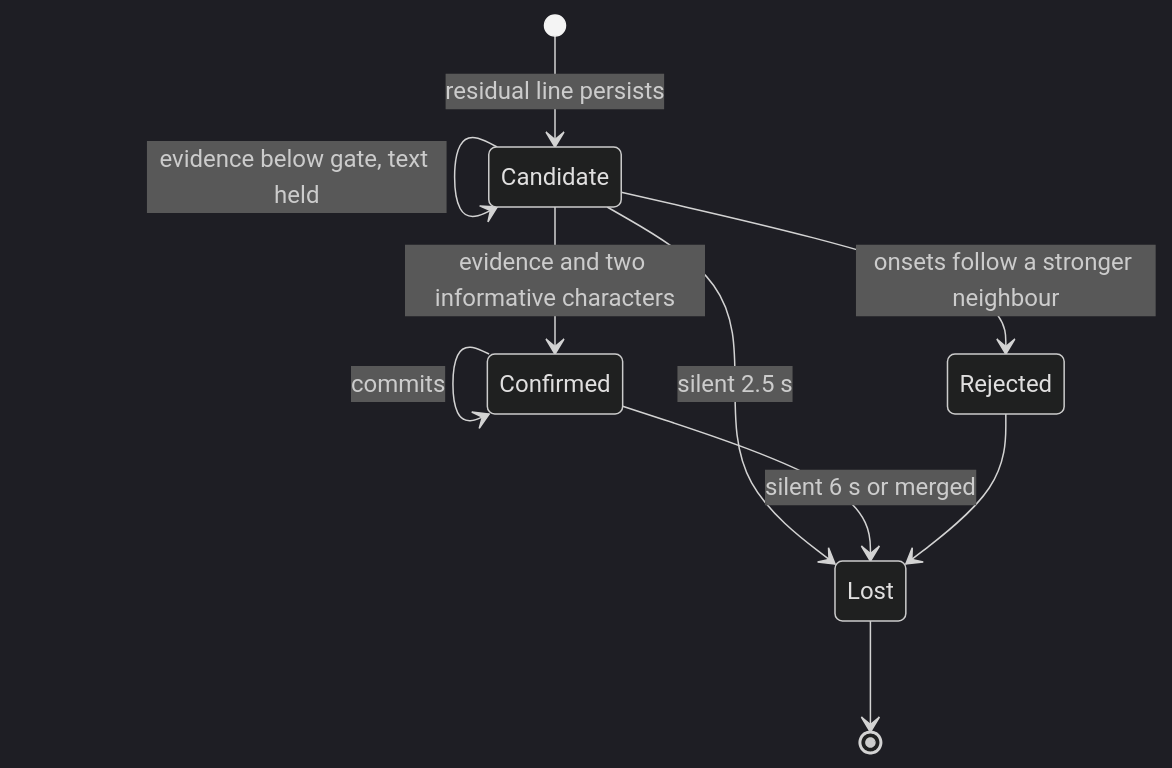
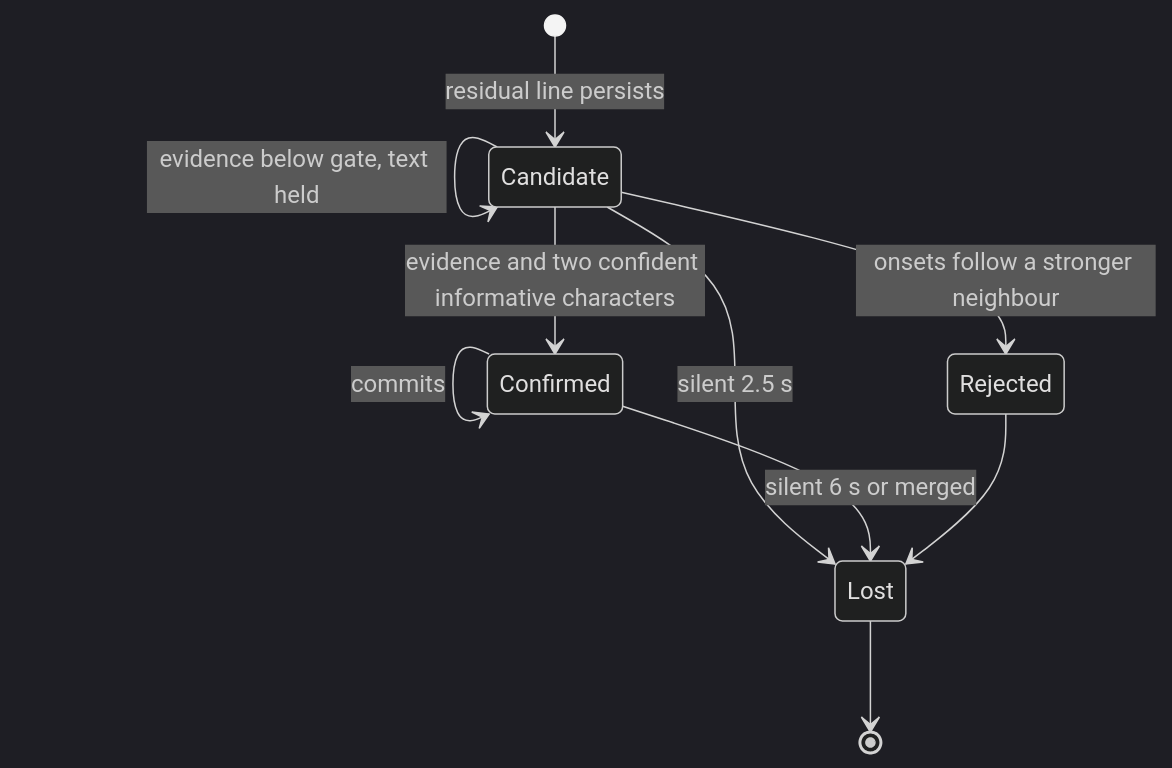
The third of 6 diagrams in README.md (nextzlog/rumo), drawn with Mermaid (dark theme) before and after one commit. The commit also changed other lines of this file and 2 other files, not shown here.

````diff
--- a/README.md
+++ b/README.md
@@ -91,12 +91,12 @@
 ```mermaid
 stateDiagram-v2
   [*] --> Candidate: residual line persists
   Candidate --> Candidate: evidence below gate, text held
-  Candidate --> Confirmed: evidence and two informative characters
+  Candidate --> Confirmed: evidence and two confident informative characters
   Candidate --> Rejected: onsets follow a stronger neighbour
   Candidate --> Lost: silent 2.5 s
   Confirmed --> Confirmed: commits
   Confirmed --> Lost: silent 6 s or merged
   Rejected --> Lost
   Lost --> [*]
 ```
````
